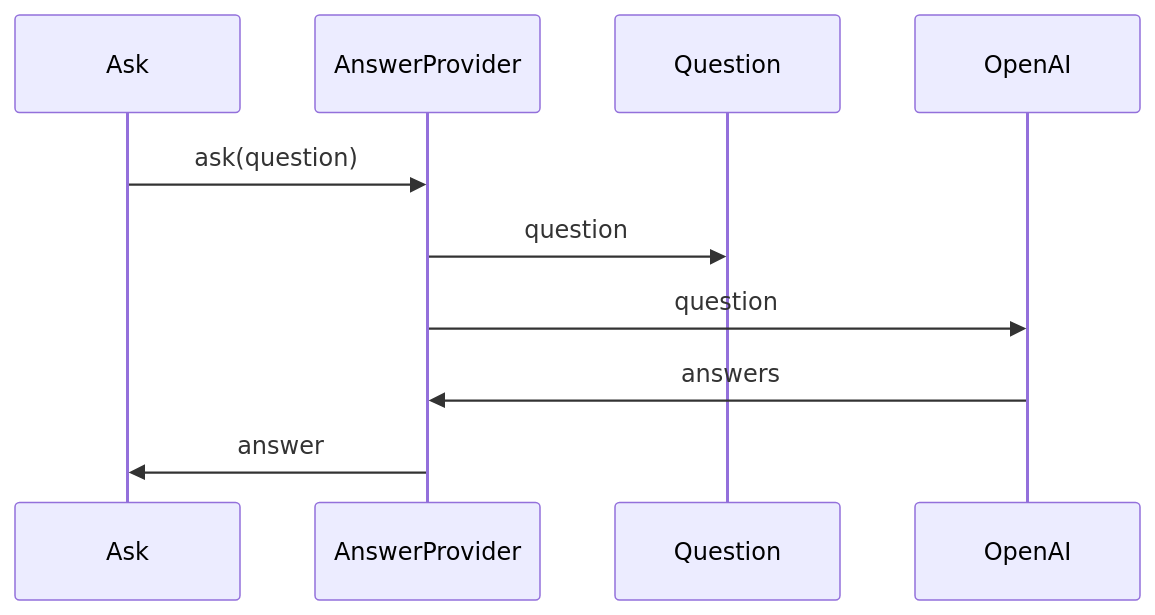
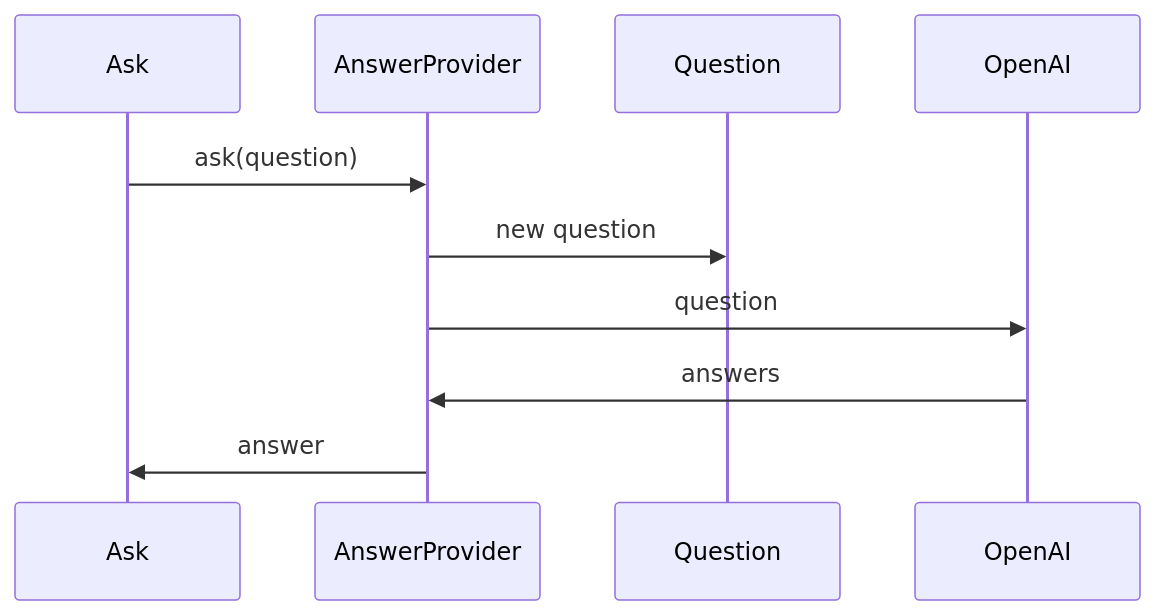
One commit to TheGreatShan/GPT-Cli changed the sixth of 7 diagrams in readme.md. Above: the diagram before and after it, drawn with Mermaid. The commit also changed other lines of this file and 1 other file, not shown here.

````diff
--- a/readme.md
+++ b/readme.md
@@ -116,8 +138,8 @@
 ```mermaid
 sequenceDiagram
   Ask->>AnswerProvider: ask(question)
-  AnswerProvider->>Question: question 
+  AnswerProvider->>Question: new question
   AnswerProvider->>OpenAI: question
   OpenAI->>AnswerProvider: answers
   AnswerProvider->>Ask: answer
 ```
````
